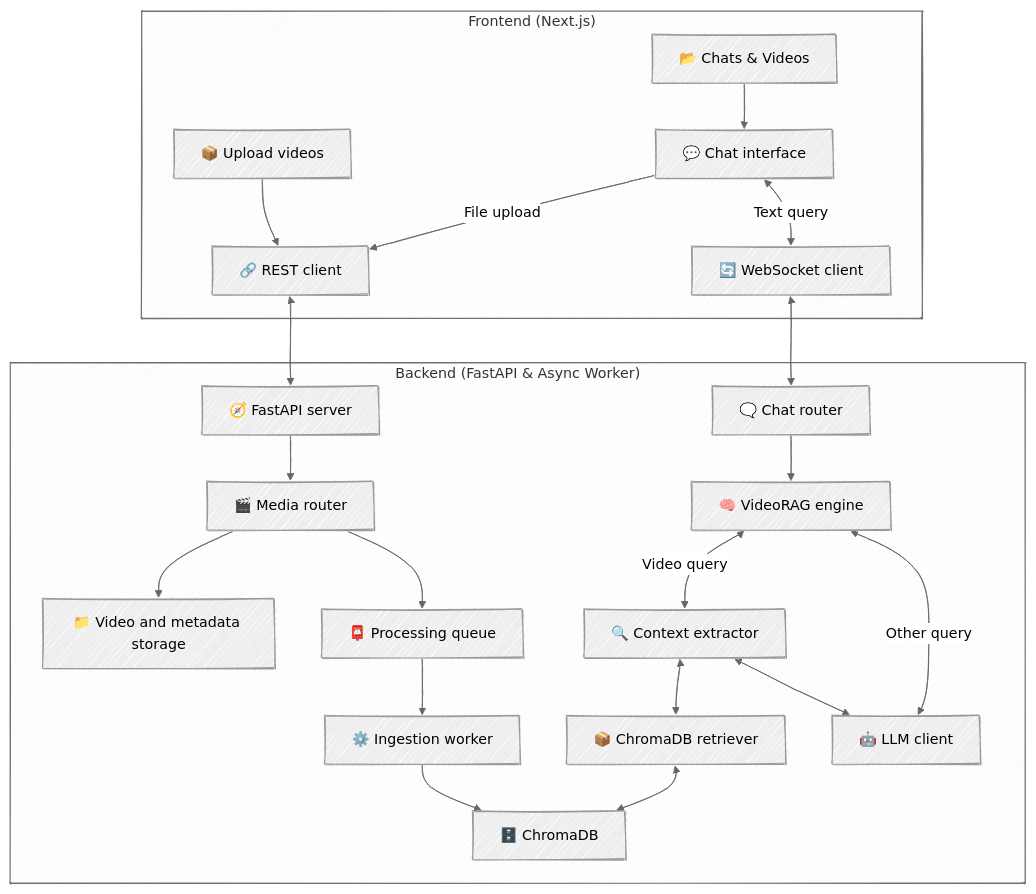
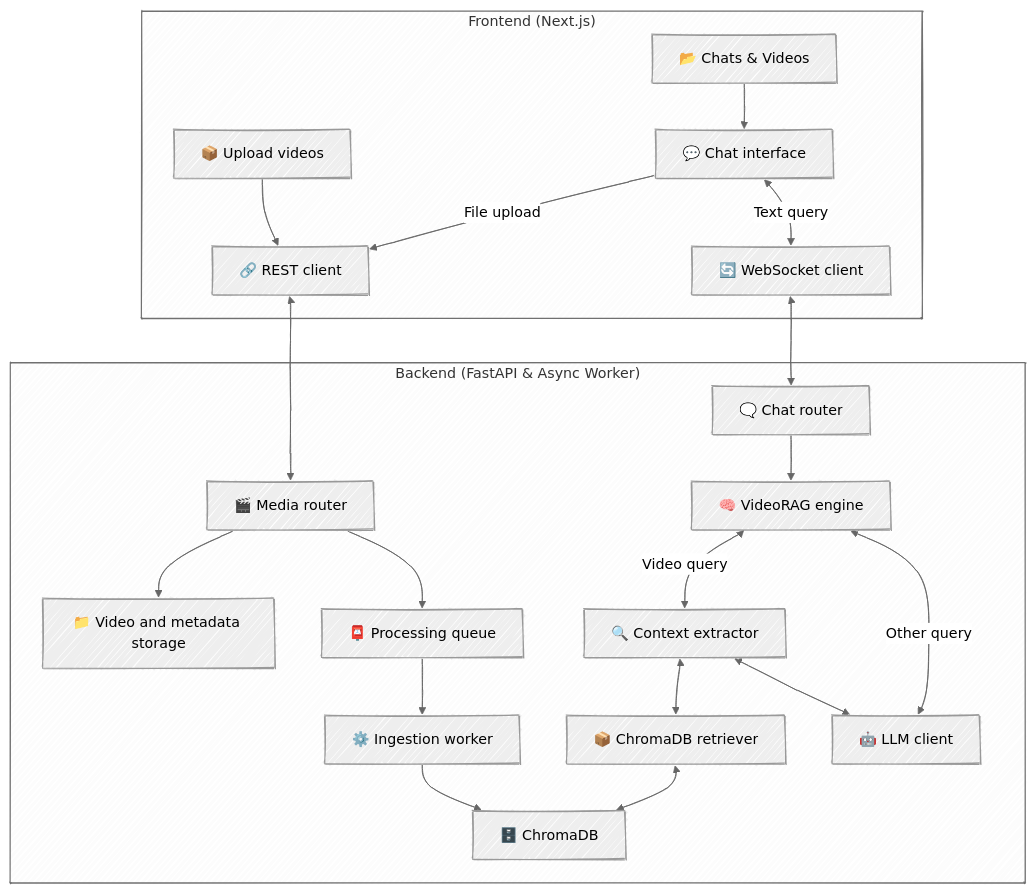
One commit to T0mLam/chrono-chat changed the diagram in README.md. Above: the diagram before and after it, drawn with Mermaid. The commit also changed other lines of this file, not shown here.

````diff
--- a/README.md
+++ b/README.md
@@ -66,50 +60,48 @@
 ```mermaid
 ---
 config:
   look: handDrawn
   theme: neutral
 ---
 
 graph TD
   subgraph "Frontend (Next.js)"
     Sidebar["📂 Chats & Videos"]
     UploadUI["📦 Upload videos"]
     ChatUI["💬 Chat interface"]
     APIClient["🔗 REST client"]
     WSClient["🔄 WebSocket client"]
   end
 
   subgraph "Backend (FastAPI & Async Worker)"
-    API["🧭 FastAPI server"]
     ChatRouter["🗨️ Chat router"]
     MediaRouter["🎬 Media router"]
     VideoRAG["🧠 VideoRAG engine"]
     ContextExtractor["🔍 Context extractor"]
     Retriever["📦 ChromaDB retriever"]
     LLMClient["🤖 LLM client"]
     Worker["⚙️ Ingestion worker"]
     MediaDB["🗄️ ChromaDB"]
     MediaStorage["📁 Video and metadata storage"]
     VideoQueue["📮 Processing queue"]
   end
 
   Sidebar --> ChatUI
   UploadUI --> APIClient
   ChatUI -- "File upload" --> APIClient
   ChatUI <--"Text query" --> WSClient
 
-  APIClient <--> API
+  APIClient <--> MediaRouter
   WSClient <--> ChatRouter
   ChatRouter --> VideoRAG
   VideoRAG <-- "Video query" --> ContextExtractor
   VideoRAG <-- "Other query" --> LLMClient
   ContextExtractor <--> Retriever
   ContextExtractor <--> LLMClient
   Retriever <--> MediaDB
 
-  API --> MediaRouter
   MediaRouter --> MediaStorage
   MediaRouter --> VideoQueue
   VideoQueue --> Worker
   Worker --> MediaDB
 ```
````
